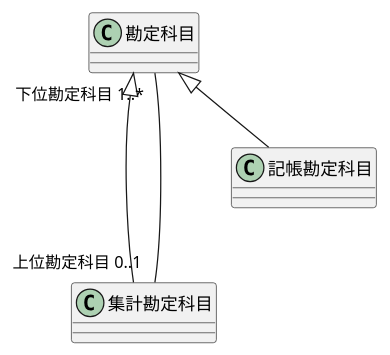
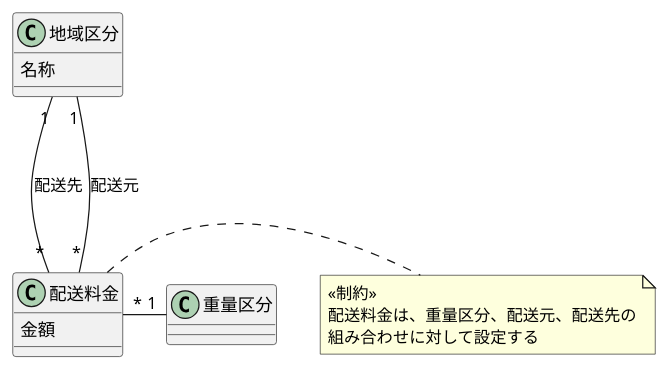
Before and after one commit to yinm/uml-modeling-lesson: the diagram in ch09/sample.puml, drawn with PlantUML.

Commit message:
Add column

```diff
--- a/ch09/sample.puml
+++ b/ch09/sample.puml
@@ -1,17 +1,19 @@
 @startuml
 
-class 勘定科目 {
+class 地域区分 {
+  名称
 }
 
-class 集計勘定科目 {
+class 重量区分 {
 }
 
-class 記帳勘定科目 {
+class 配送料金 {
+  金額
 }
+note right : <<制約>>\n配送料金は、重量区分、配送元、配送先の\n組み合わせに対して設定する
 
-勘定科目 <|-- 集計勘定科目
-勘定科目 <|-- 記帳勘定科目
-
-勘定科目 "下位勘定科目 1..*"---"上位勘定科目 0..1" 集計勘定科目
+地域区分 "1"---"*" 配送料金 : 配送先
+地域区分 "1"---"*" 配送料金 : 配送元
+重量区分 "1"-l-"*" 配送料金
 
 @enduml
```
